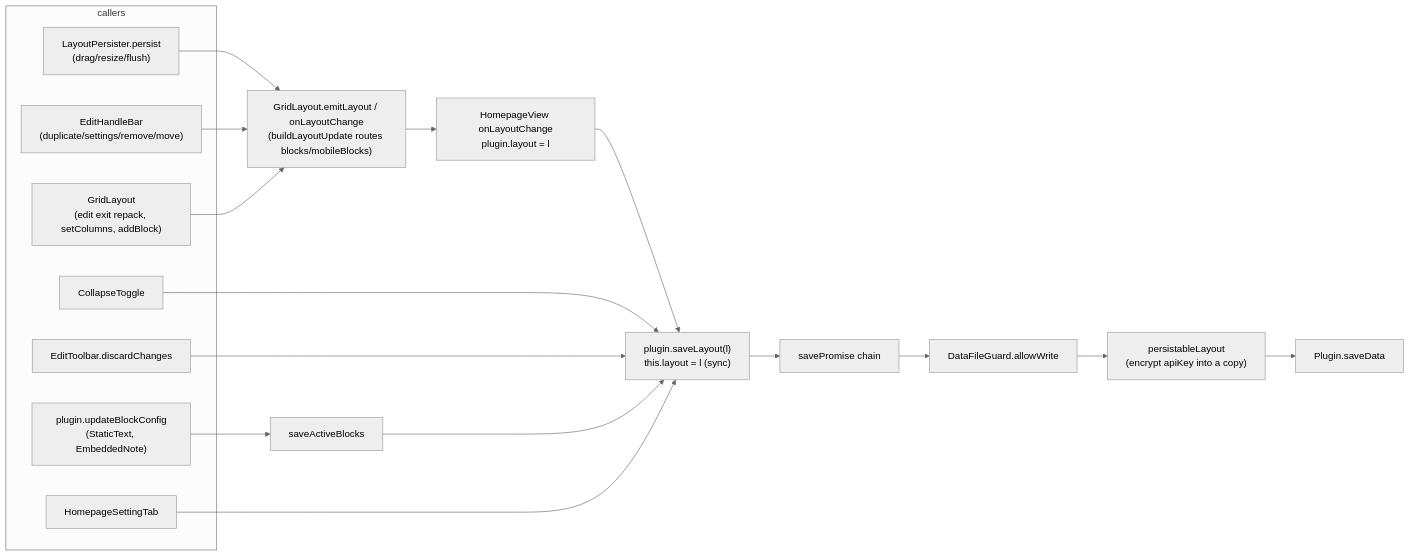
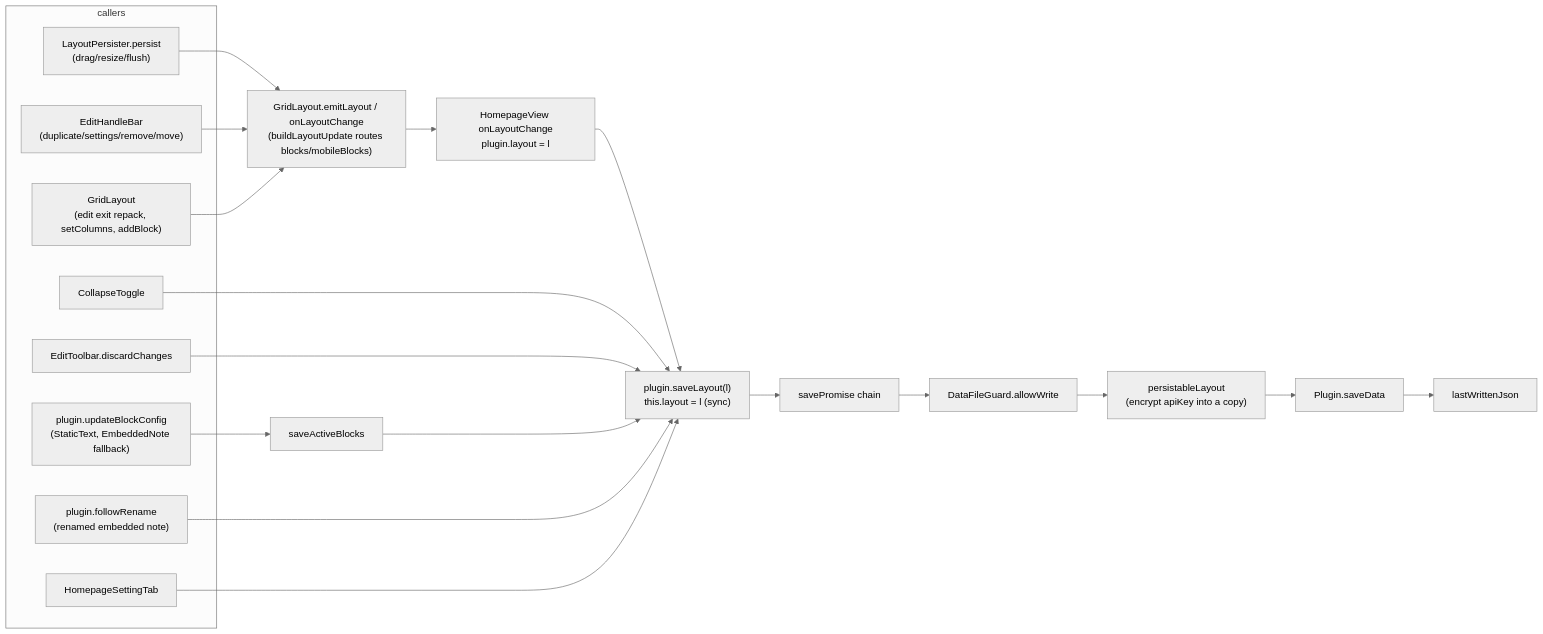
The third of 3 diagrams in docs/architecture.md (acaprino/obsidian-plugin-homepage), drawn with Mermaid (neutral theme) before and after one commit. The commit also changed other lines of this file and 10 other files, not shown here.

````diff
--- a/docs/architecture.md
+++ b/docs/architecture.md
@@ -381,22 +394,24 @@
 ```mermaid
 flowchart LR
   subgraph callers
     LP["LayoutPersister.persist<br/>(drag/resize/flush)"]
     EH["EditHandleBar<br/>(duplicate/settings/remove/move)"]
     GL["GridLayout<br/>(edit exit repack, setColumns, addBlock)"]
     CT["CollapseToggle"]
     ET["EditToolbar.discardChanges"]
-    UB["plugin.updateBlockConfig<br/>(StaticText, EmbeddedNote)"]
+    UB["plugin.updateBlockConfig<br/>(StaticText, EmbeddedNote fallback)"]
+    FR["plugin.followRename<br/>(renamed embedded note)"]
     STG["HomepageSettingTab"]
   end
   LP --> EM["GridLayout.emitLayout / onLayoutChange<br/>(buildLayoutUpdate routes blocks/mobileBlocks)"]
   EH --> EM
   GL --> EM
   EM --> HV["HomepageView onLayoutChange<br/>plugin.layout = l"]
   HV --> SL["plugin.saveLayout(l)<br/>this.layout = l (sync)"]
   CT --> SL
   ET --> SL
   UB --> SAB["saveActiveBlocks"] --> SL
+  FR --> SL
   STG --> SL
-  SL --> Q["savePromise chain"] --> DG["DataFileGuard.allowWrite"] --> PL["persistableLayout<br/>(encrypt apiKey into a copy)"] --> SD["Plugin.saveData"]
+  SL --> Q["savePromise chain"] --> DG["DataFileGuard.allowWrite"] --> PL["persistableLayout<br/>(encrypt apiKey into a copy)"] --> SD["Plugin.saveData"] --> LW["lastWrittenJson"]
 ```
````
